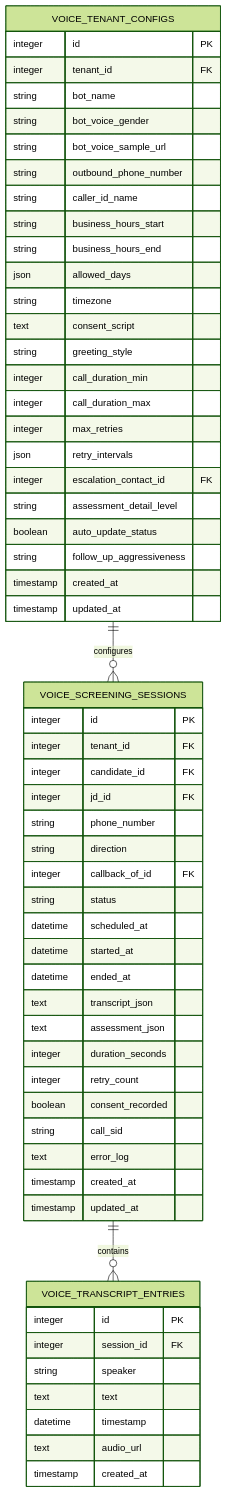
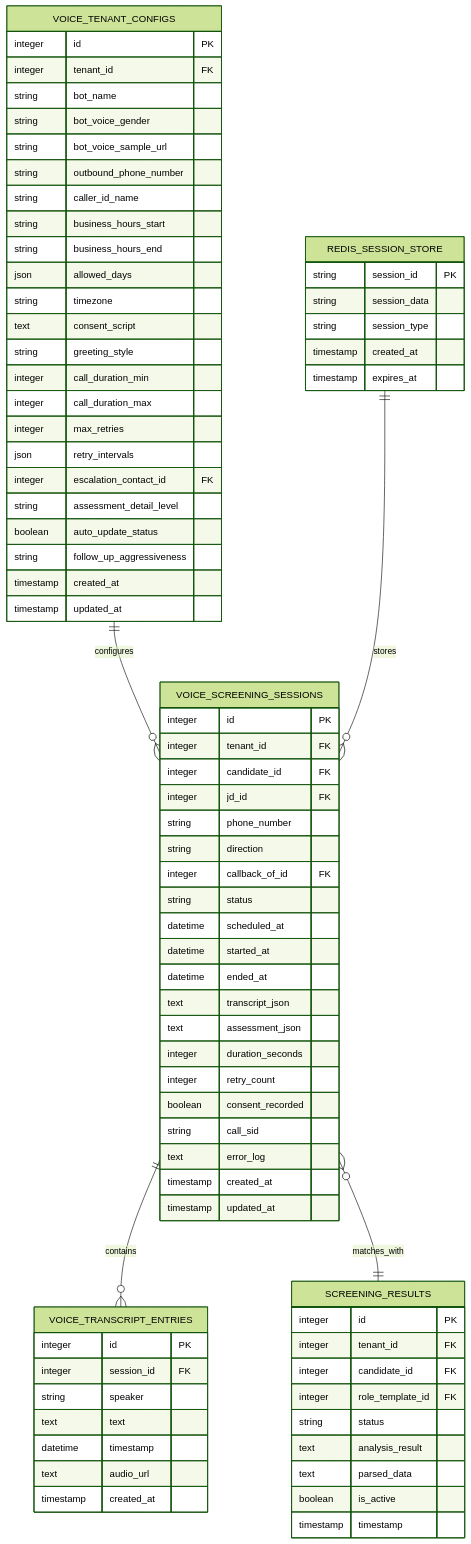
One commit to Revanththetalogics/aireume changed the second of 9 diagrams in .qoder/repowiki/en/content/API Reference/Voice Screening System.md. Above: the diagram before and after it, drawn with Mermaid (forest theme). The commit also changed other lines of this file and 118 other files, not shown here.

````diff
--- a/.qoder/repowiki/en/content/API Reference/Voice Screening System.md
+++ b/.qoder/repowiki/en/content/API Reference/Voice Screening System.md
@@ -193,61 +298,81 @@
 ```mermaid
 erDiagram
 VOICE_TENANT_CONFIGS {
 integer id PK
 integer tenant_id FK
 string bot_name
 string bot_voice_gender
 string bot_voice_sample_url
 string outbound_phone_number
 string caller_id_name
 string business_hours_start
 string business_hours_end
 json allowed_days
 string timezone
 text consent_script
 string greeting_style
 integer call_duration_min
 integer call_duration_max
 integer max_retries
 json retry_intervals
 integer escalation_contact_id FK
 string assessment_detail_level
 boolean auto_update_status
 string follow_up_aggressiveness
 timestamp created_at
 timestamp updated_at
 }
 VOICE_SCREENING_SESSIONS {
 integer id PK
 integer tenant_id FK
 integer candidate_id FK
 integer jd_id FK
 string phone_number
 string direction
 integer callback_of_id FK
 string status
 datetime scheduled_at
 datetime started_at
 datetime ended_at
 text transcript_json
 text assessment_json
 integer duration_seconds
 integer retry_count
 boolean consent_recorded
 string call_sid
 text error_log
 timestamp created_at
 timestamp updated_at
 }
 VOICE_TRANSCRIPT_ENTRIES {
 integer id PK
 integer session_id FK
 string speaker
 text text
 datetime timestamp
 text audio_url
 timestamp created_at
 }
+SCREENING_RESULTS {
+integer id PK
+integer tenant_id FK
+integer candidate_id FK
+integer role_template_id FK
+string status
+text analysis_result
+text parsed_data
+boolean is_active
+timestamp timestamp
+}
+REDIS_SESSION_STORE {
+string session_id PK
+string session_data
+string session_type
+timestamp created_at
+timestamp expires_at
+}
 VOICE_TENANT_CONFIGS ||--o{ VOICE_SCREENING_SESSIONS : configures
 VOICE_SCREENING_SESSIONS ||--o{ VOICE_TRANSCRIPT_ENTRIES : contains
+VOICE_SCREENING_SESSIONS }o--|| SCREENING_RESULTS : matches_with
+REDIS_SESSION_STORE ||--o{ VOICE_SCREENING_SESSIONS : stores
 ```
````
